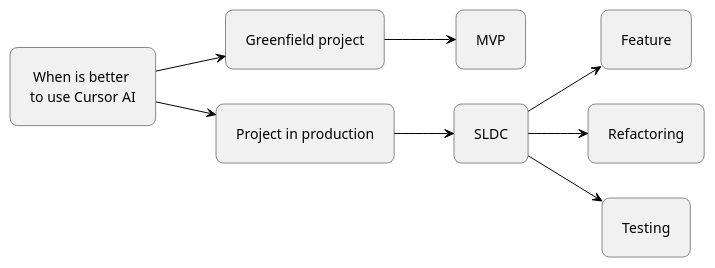
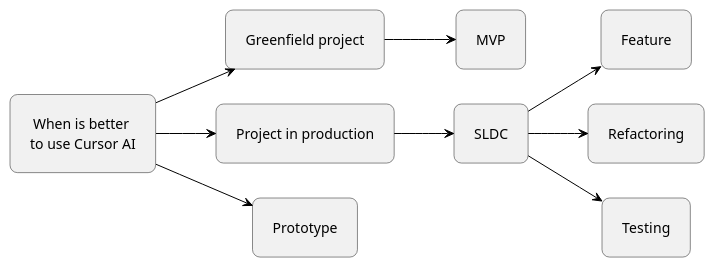
The diagram in docs-analysis/usecase-decision-tree.plantuml (jabrena/101-cursor), drawn with PlantUML before and after one commit. The commit also changed 20 other files, not shown here.

```diff
--- a/docs-analysis/usecase-decision-tree.plantuml
+++ b/docs-analysis/usecase-decision-tree.plantuml
@@ -1,30 +1,32 @@
 @startuml
 
 skinparam backgroundColor transparent
 skinparam RoundCorner 15
 skinparam Padding 10
 skinparam defaultTextAlignment center
 skinparam ArrowColor black
 
 left to right direction
 
 rectangle "When is better \nto use Cursor AI" as project
 rectangle "Greenfield project" as greenfield
 rectangle "Project in production" as prodution 
+rectangle "Prototype" as prototype 
 rectangle "MVP" as mvp
 rectangle "SLDC" as sldc
 rectangle "Feature" as feature
 rectangle "Refactoring" as refactoring 
 rectangle "Testing" as testing 
 
 project --> greenfield
 project --> prodution
+project --> prototype
 
 greenfield --> mvp
 
 prodution --> sldc
 sldc --> feature
 sldc --> refactoring
 sldc --> testing
 
 @enduml
```
